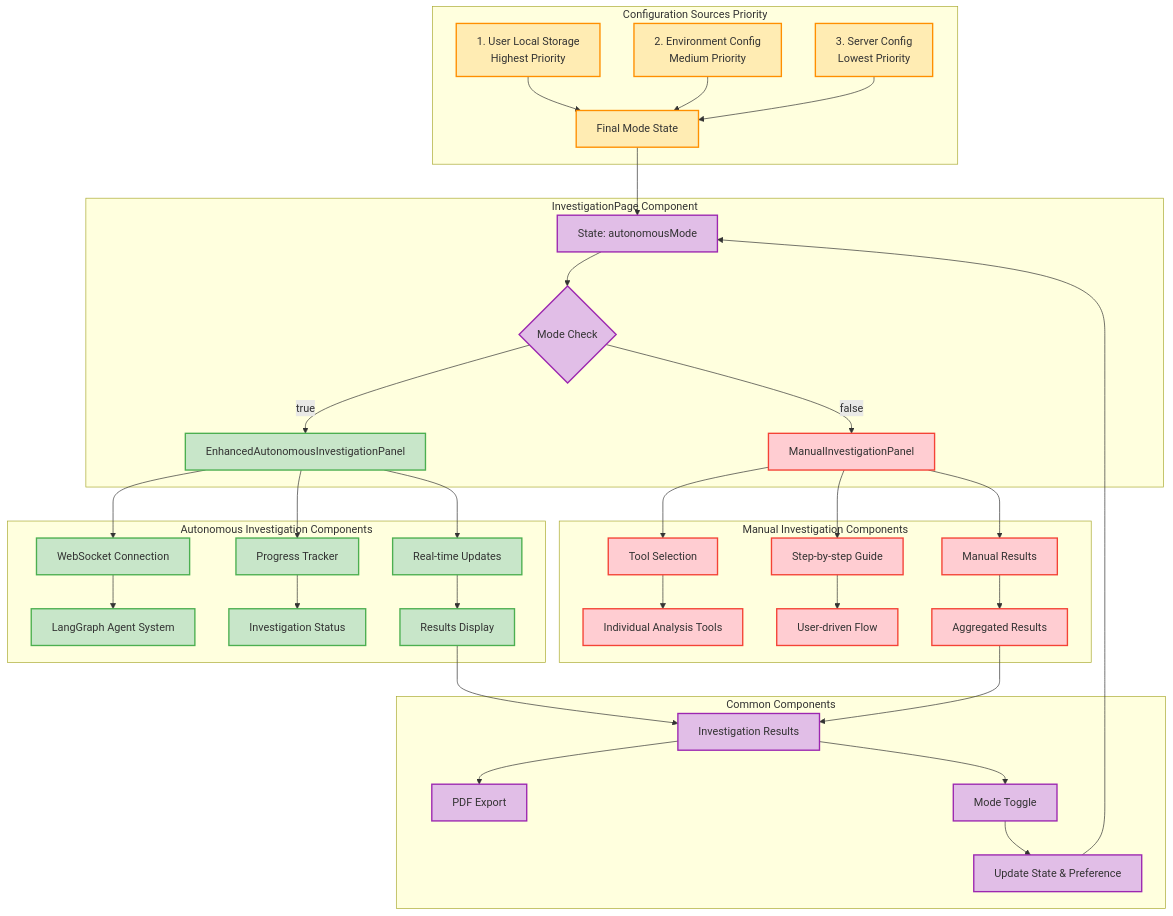
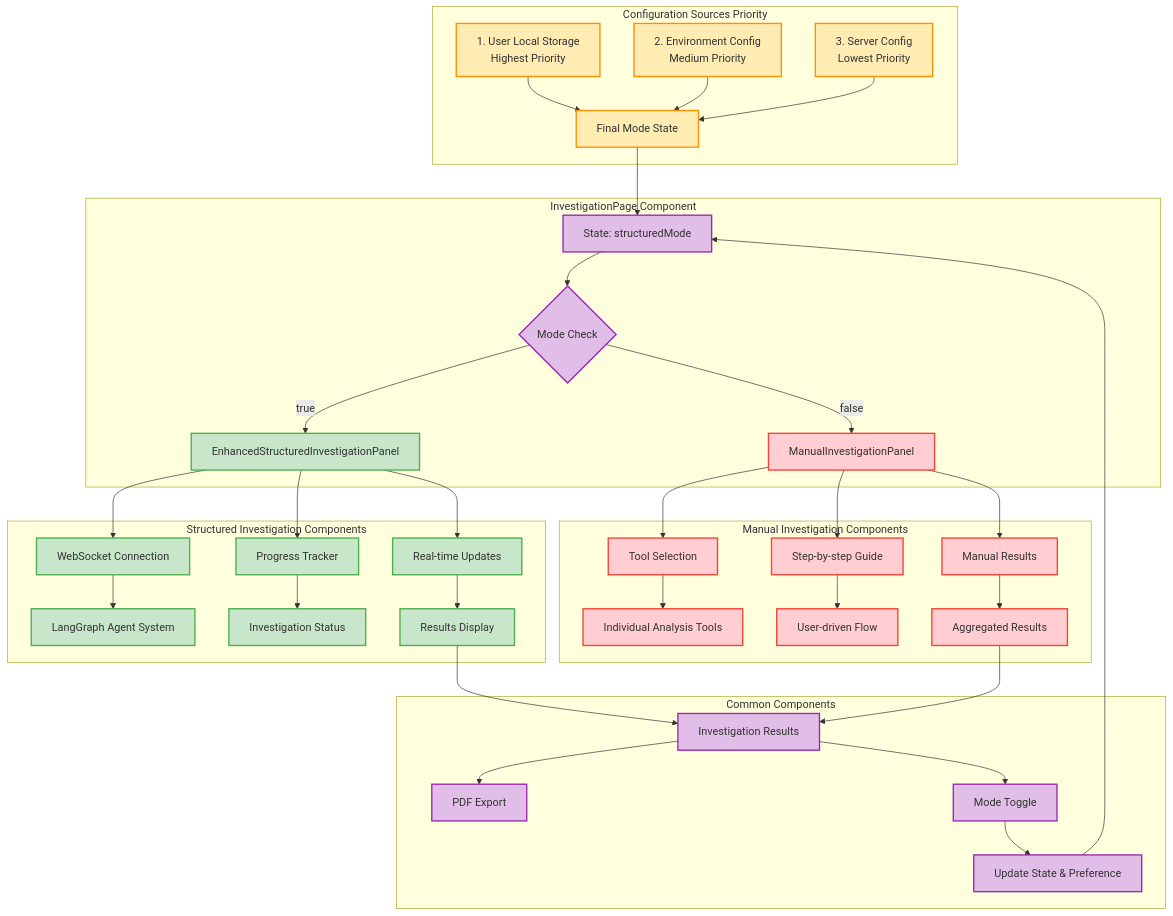
The fourth of 5 diagrams in docs/diagrams/autonomous-mode-default-architecture-2025-01-04.md (Olorin-ai-git/Bayit-Plus), drawn with Mermaid before and after one commit. The commit also changed other lines of this file and 703 other files, not shown here.

````diff
--- a/docs/diagrams/autonomous-mode-default-architecture-2025-01-04.md
+++ b/docs/diagrams/autonomous-mode-default-architecture-2025-01-04.md
@@ -161,54 +161,54 @@
 ```mermaid
 graph TD
     subgraph "InvestigationPage Component"
-        A[State: autonomousMode] --> B{Mode Check}
-        B -->|true| C[EnhancedAutonomousInvestigationPanel]
+        A[State: structuredMode] --> B{Mode Check}
+        B -->|true| C[EnhancedStructuredInvestigationPanel]
         B -->|false| D[ManualInvestigationPanel]
     end
     
     subgraph "Configuration Sources Priority"
         E[1. User Local Storage<br/>Highest Priority] --> F[Final Mode State]
         G[2. Environment Config<br/>Medium Priority] --> F
         H[3. Server Config<br/>Lowest Priority] --> F
     end
     
-    subgraph "Autonomous Investigation Components"
+    subgraph "Structured Investigation Components"
         C --> I[WebSocket Connection]
         C --> J[Progress Tracker]
         C --> K[Real-time Updates]
         I --> L[LangGraph Agent System]
         J --> M[Investigation Status]
         K --> N[Results Display]
     end
     
     subgraph "Manual Investigation Components"
         D --> O[Tool Selection]
         D --> P[Step-by-step Guide]
         D --> Q[Manual Results]
         O --> R[Individual Analysis Tools]
         P --> S[User-driven Flow]
         Q --> T[Aggregated Results]
     end
     
     subgraph "Common Components"
         N --> U[Investigation Results]
         T --> U
         U --> V[PDF Export]
         U --> W[Mode Toggle]
         W --> X[Update State & Preference]
     end
     
     F --> A
     X --> A
     
     %% Styling
     classDef priorityNode fill:#ffecb3,stroke:#ff8f00,stroke-width:2px
-    classDef autonomousNode fill:#c8e6c9,stroke:#4caf50,stroke-width:2px
+    classDef structuredNode fill:#c8e6c9,stroke:#4caf50,stroke-width:2px
     classDef manualNode fill:#ffcdd2,stroke:#f44336,stroke-width:2px
     classDef commonNode fill:#e1bee7,stroke:#9c27b0,stroke-width:2px
     
     class E,G,H,F priorityNode
-    class C,I,J,K,L,M,N autonomousNode
+    class C,I,J,K,L,M,N structuredNode
     class D,O,P,Q,R,S,T manualNode
     class A,B,U,V,W,X commonNode
 ```
````
